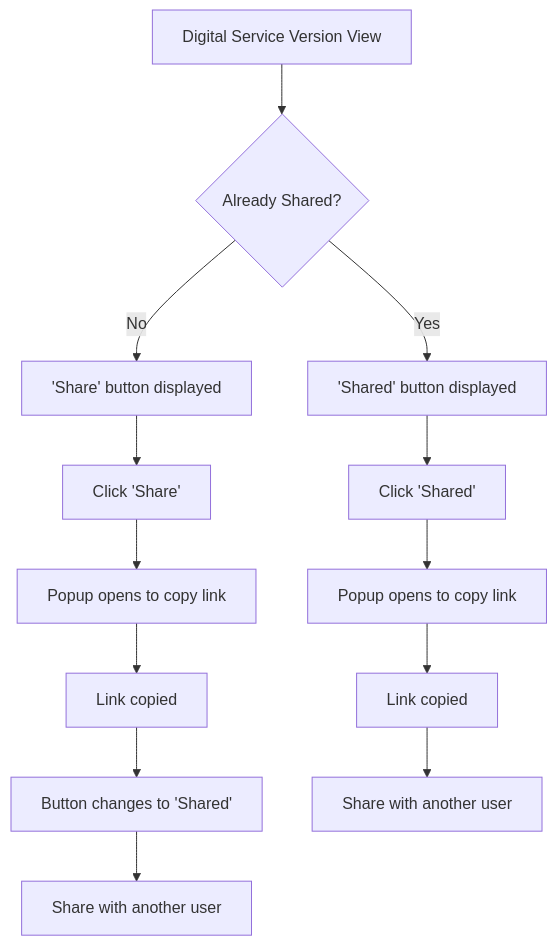
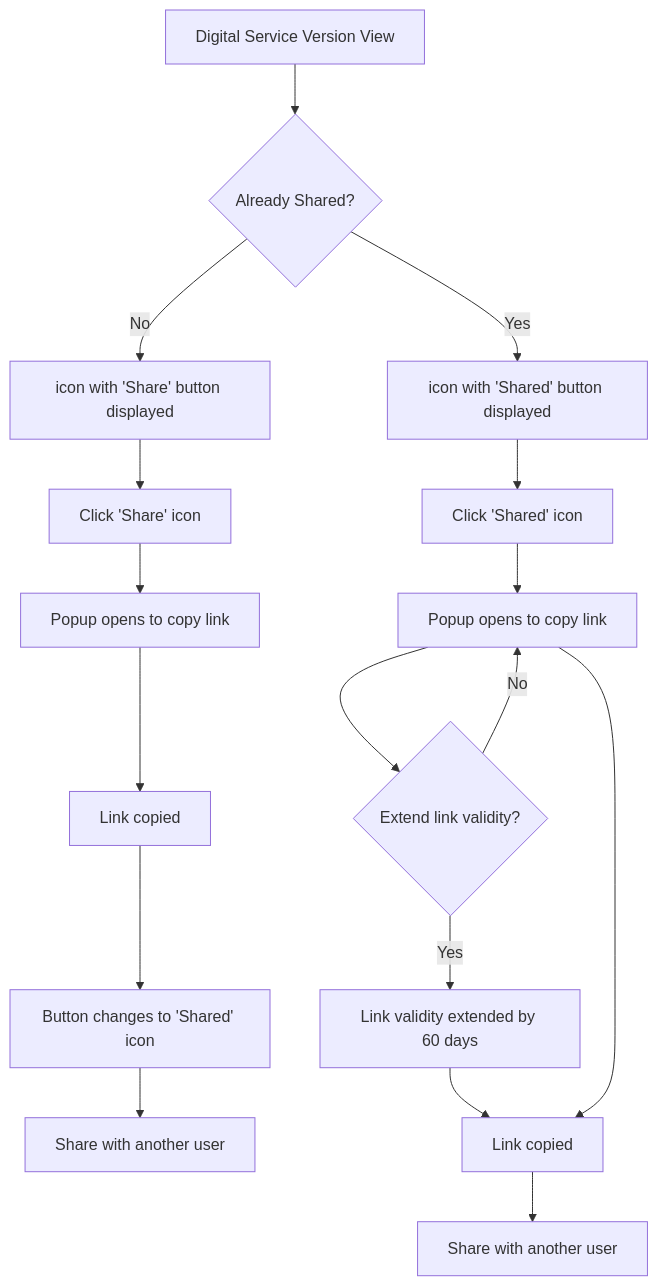
Before and after one commit to teamg4it/g4it: the first of 2 diagrams in services/documentation/content/2-functional-documentation/use_cases/uc_digital_services/uc8_share_digital_service.md, drawn with Mermaid. The commit also changed other lines of this file and 1 other file, not shown here.

Commit message:
feat(1741): resolved documentation remarks

```diff
--- a/services/documentation/content/2-functional-documentation/use_cases/uc_digital_services/uc8_share_digital_service.md
+++ b/services/documentation/content/2-functional-documentation/use_cases/uc_digital_services/uc8_share_digital_service.md
@@ -31,18 +32,20 @@
 {{< mermaid align="center">}}
 graph TD
 Step1[Digital Service Version View] --> Decision1{Already Shared?}
-Decision1 -- No --> Step2['Share' button displayed]
-Step2 --> Step3[Click 'Share']
+Decision1 -- No --> Step2[ icon with 'Share' button displayed]
+Step2 --> Step3[Click 'Share' icon]
 Step3 --> Step4[Popup opens to copy link]
 Step4 --> Step5[Link copied]
-Step5 --> Step6[Button changes to 'Shared']
+Step5 --> Step6[Button changes to 'Shared' icon]
 Step6 --> Step7[Share with another user]
 
-    Decision1 -- Yes --> Step8['Shared' button displayed]
-    Step8 --> Step9[Click 'Shared']
-    Step9 --> Step10[Popup opens to copy link]
+    Decision1 -- Yes --> Step8[icon with 'Shared' button displayed]
+    Step8 --> Step9[Click 'Shared' icon]
+    Step9 --> Step10[Popup opens to copy link] --> Decision2{Extend link validity?}
+    Decision2 -- Yes --> Step10A[Link validity extended by 60 days] -->  Step11
+    Decision2 -- No -->  Step10
     Step10 --> Step11[Link copied]
     Step11 --> Step12[Share with another user]
 
 
 {{</ mermaid >}}
```
